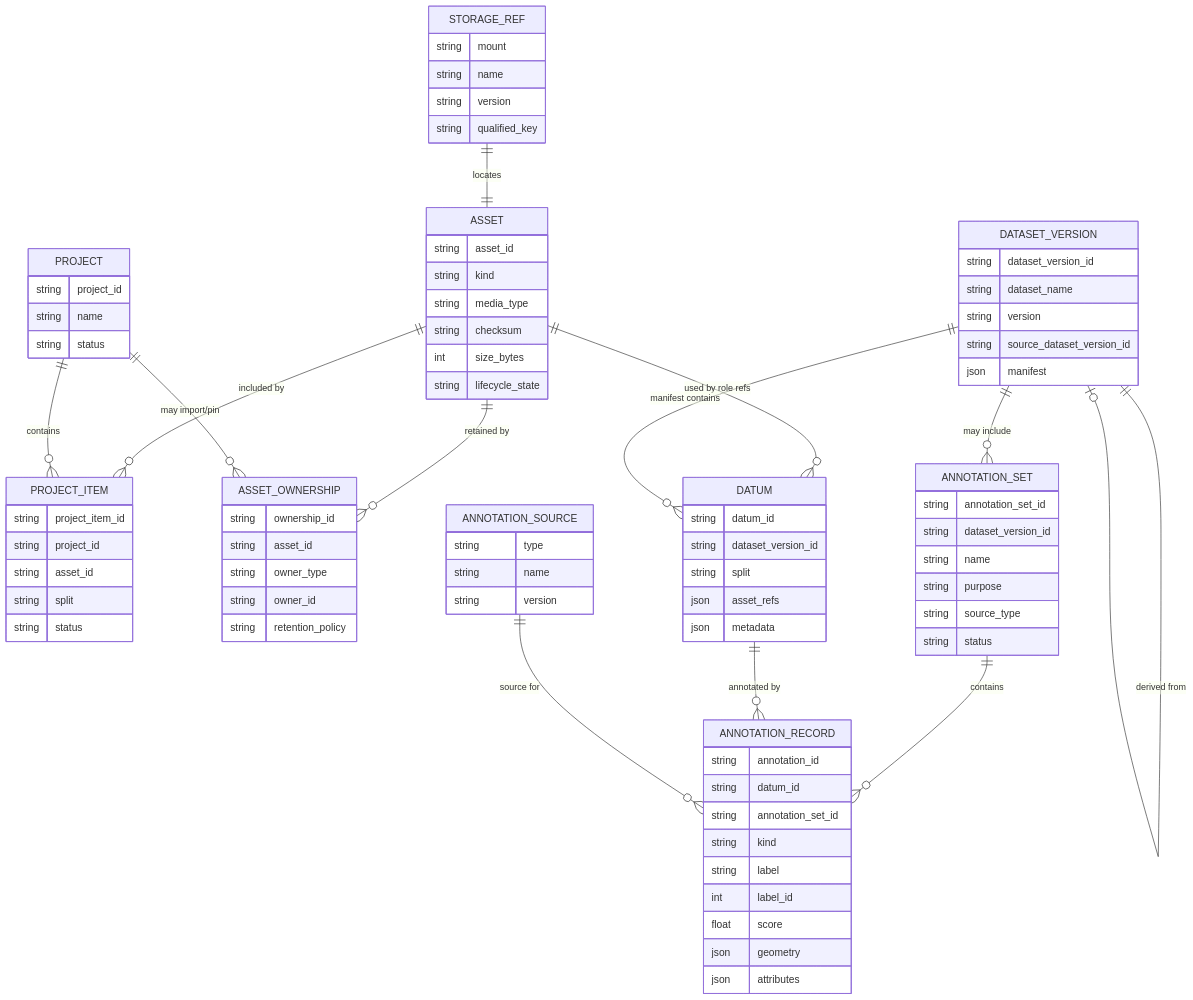
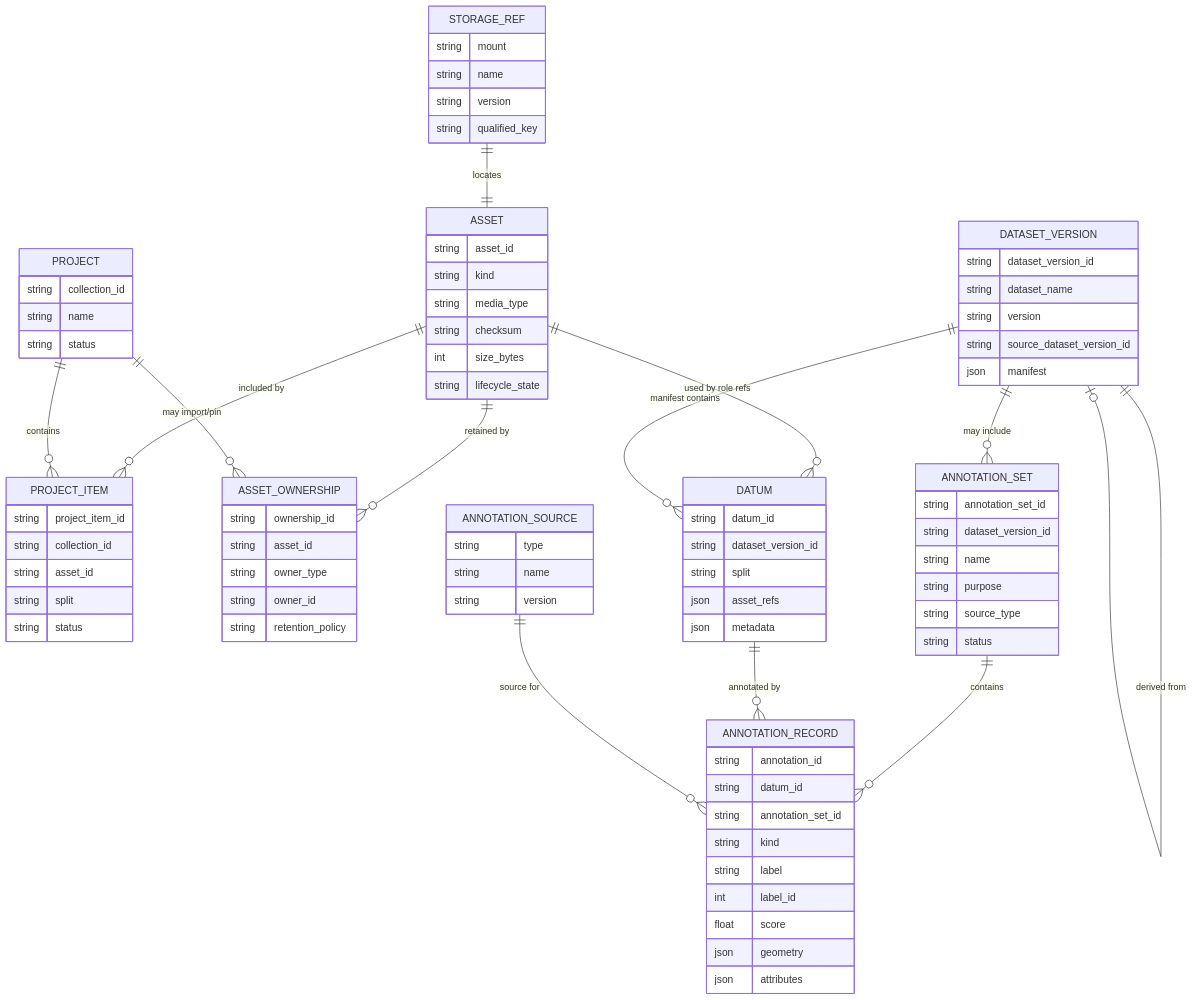
The seventh of 7 diagrams in docs/datalake-v3-proposal.md (Mindtrace/mindtrace), drawn with Mermaid before and after one commit. The commit also changed other lines of this file, not shown here.

```diff
--- a/docs/datalake-v3-proposal.md
+++ b/docs/datalake-v3-proposal.md
@@ -755,14 +755,14 @@
     }
 
     PROJECT {
-        string project_id
+        string collection_id
         string name
         string status
     }
 
     PROJECT_ITEM {
         string project_item_id
-        string project_id
+        string collection_id
         string asset_id
         string split
         string status
```
